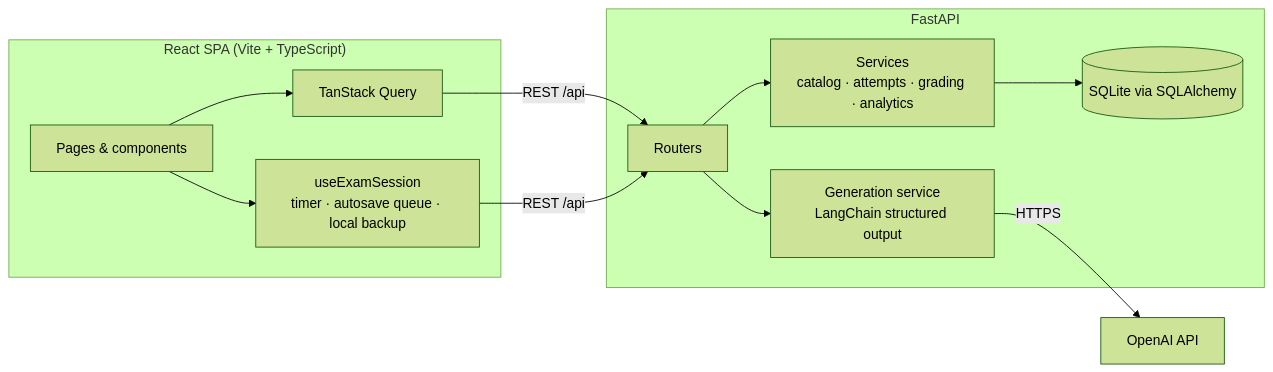
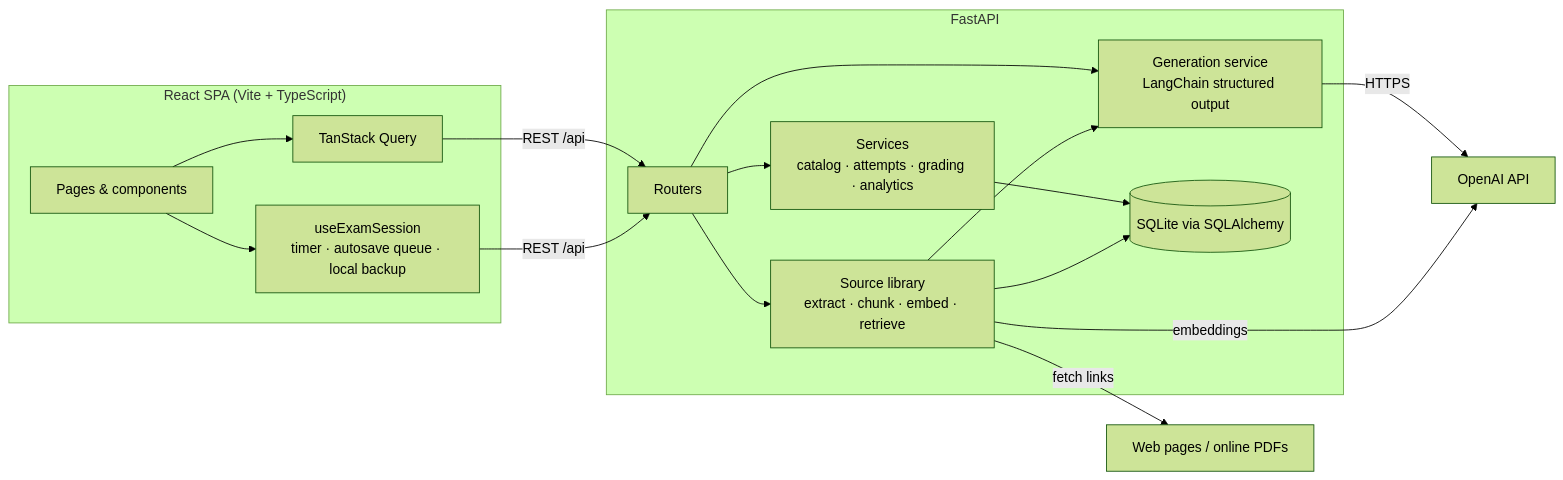
Before and after one commit to ManishKumarBeck/McQGenerator: the diagram in README.md, drawn with Mermaid (forest theme). The commit also changed other lines of this file and 15 other files, not shown here.

````diff
--- a/README.md
+++ b/README.md
@@ -63,15 +72,20 @@
 ```mermaid
 flowchart LR
     subgraph Browser["React SPA (Vite + TypeScript)"]
         UI[Pages & components] --> RQ[TanStack Query]
         UI --> EX[useExamSession<br/>timer · autosave queue · local backup]
     end
     RQ -- REST /api --> API
     EX -- REST /api --> API
     subgraph Server["FastAPI"]
         API[Routers] --> SVC[Services<br/>catalog · attempts · grading · analytics]
         API --> GEN[Generation service<br/>LangChain structured output]
+        API --> LIB[Source library<br/>extract · chunk · embed · retrieve]
+        LIB --> GEN
         SVC --> DB[(SQLite via SQLAlchemy)]
+        LIB --> DB
     end
     GEN -- HTTPS --> OAI[OpenAI API]
+    LIB -- embeddings --> OAI
+    LIB -- fetch links --> WEB[Web pages / online PDFs]
 ```
````
